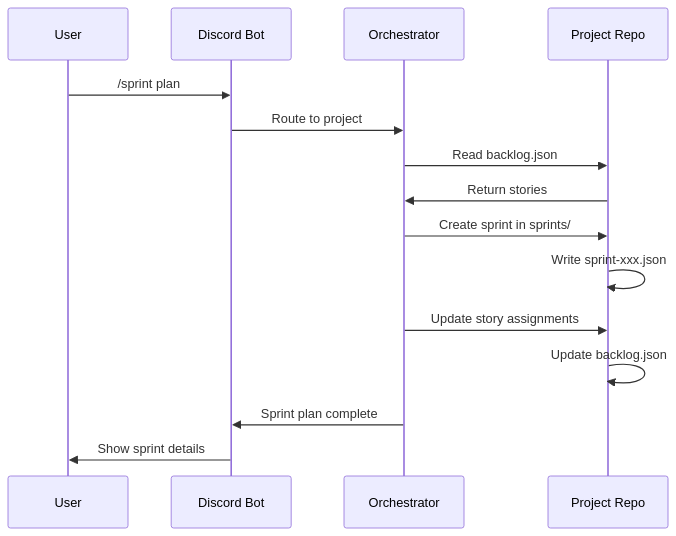
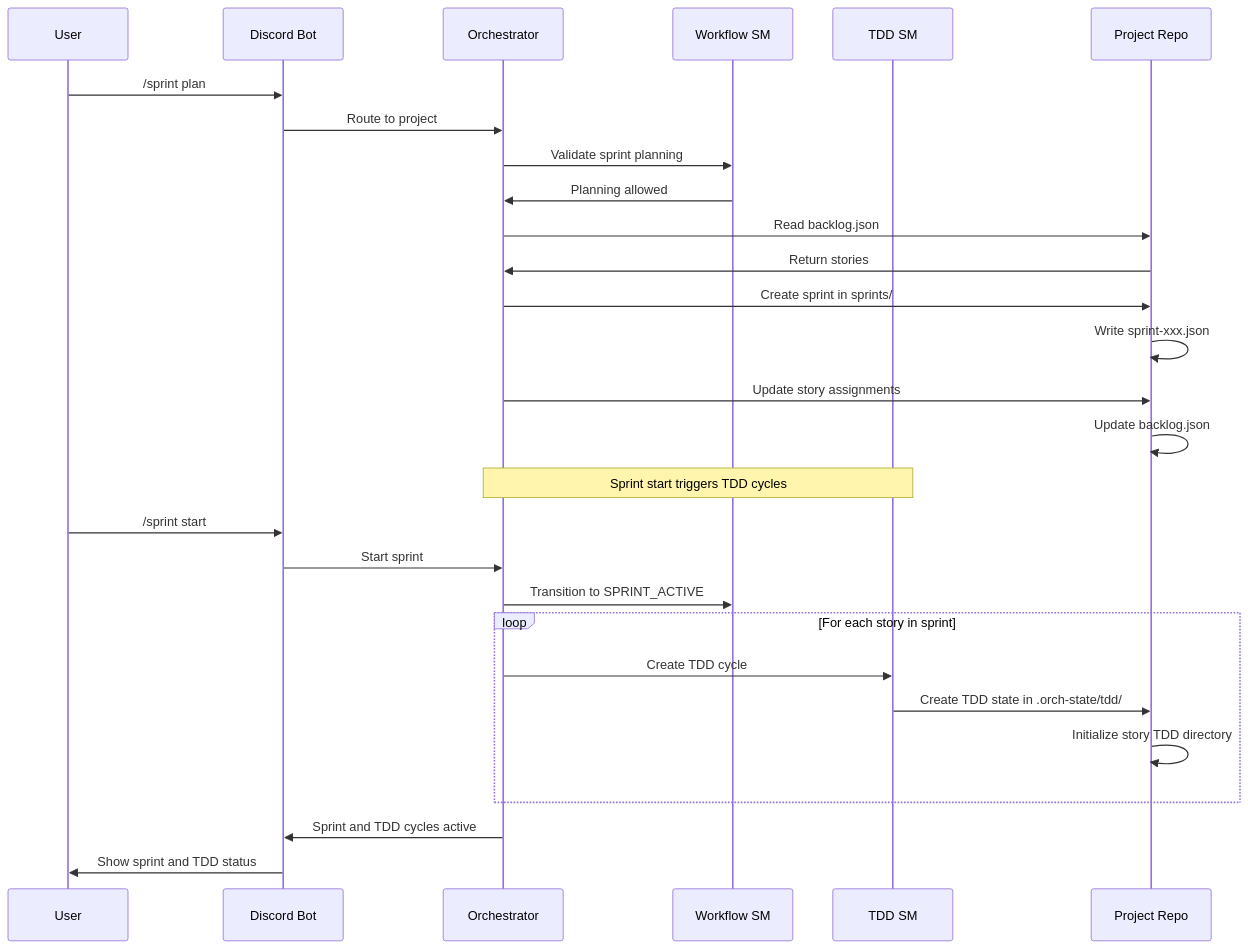
One commit to jmontp/agent-workflow changed the sixth of 7 diagrams in docs_src/advanced/data-flow.md. Above: the diagram before and after it, drawn with Mermaid. The commit also changed other lines of this file and 9 other files, not shown here.

First line of the commit message:
Update advanced documentation for dual state machine architecture with TDD integration

````diff
--- a/docs_src/advanced/data-flow.md
+++ b/docs_src/advanced/data-flow.md
@@ -63,18 +161,33 @@
 ```mermaid
 sequenceDiagram
     participant U as User
     participant D as Discord Bot
     participant O as Orchestrator
+    participant WSM as Workflow SM
+    participant TSM as TDD SM
     participant P as Project Repo
 
     U->>D: /sprint plan
     D->>O: Route to project
+    O->>WSM: Validate sprint planning
+    WSM->>O: Planning allowed
     O->>P: Read backlog.json
     P->>O: Return stories
     O->>P: Create sprint in sprints/
     P->>P: Write sprint-xxx.json
     O->>P: Update story assignments
     P->>P: Update backlog.json
-    O->>D: Sprint plan complete
-    D->>U: Show sprint details
+    
+    Note over O,TSM: Sprint start triggers TDD cycles
+    U->>D: /sprint start
+    D->>O: Start sprint
+    O->>WSM: Transition to SPRINT_ACTIVE
+    loop For each story in sprint
+        O->>TSM: Create TDD cycle
+        TSM->>P: Create TDD state in .orch-state/tdd/
+        P->>P: Initialize story TDD directory
+    end
+    
+    O->>D: Sprint and TDD cycles active
+    D->>U: Show sprint and TDD status
 ```
````
